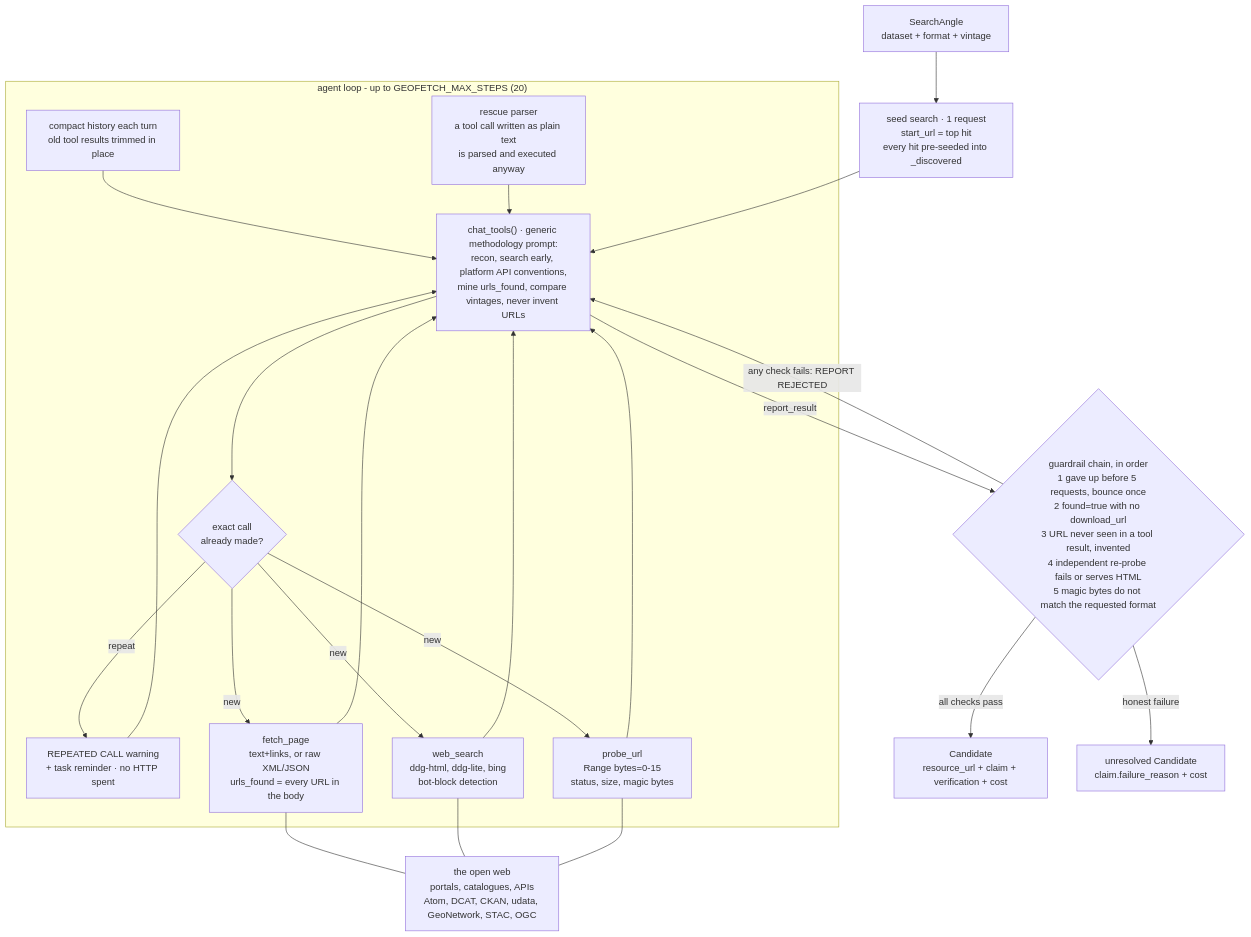
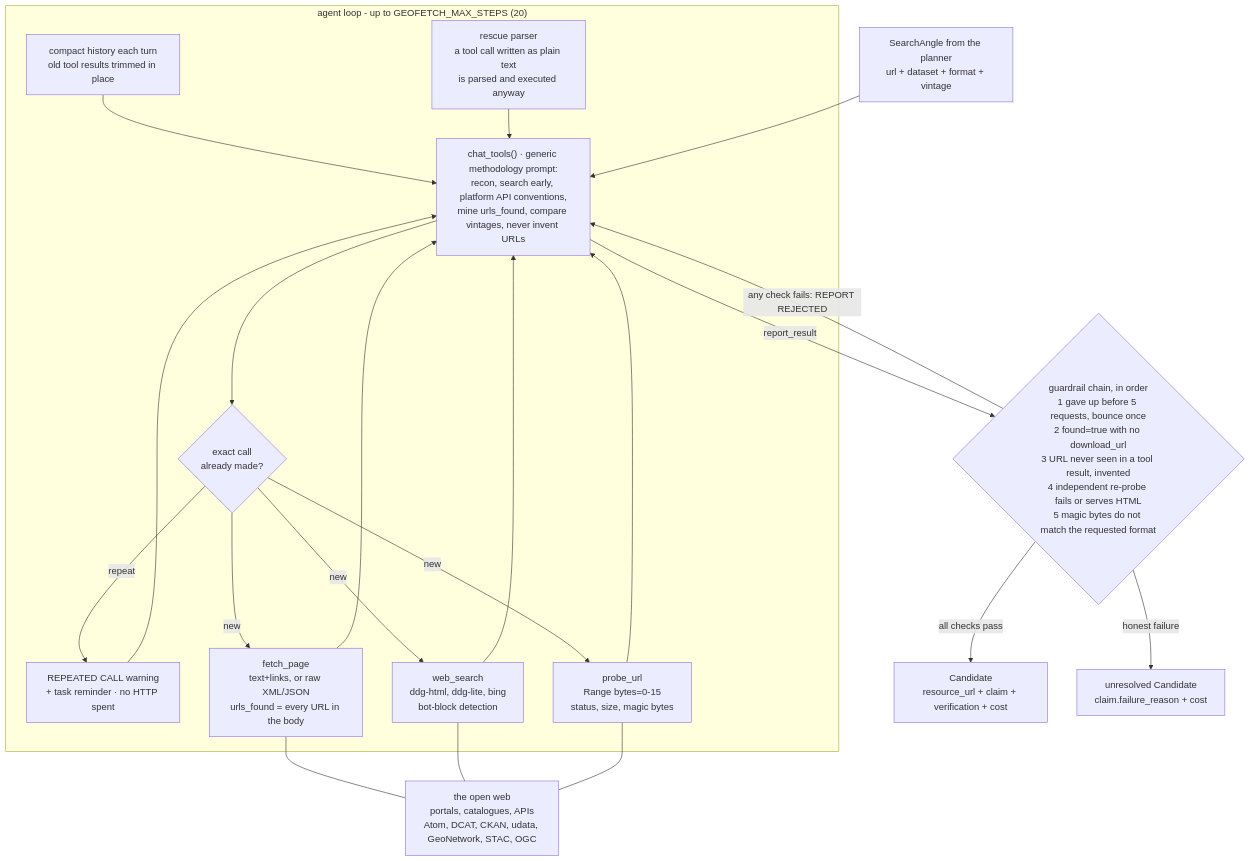
Before and after one commit to CommanderWahid/beegent: the second of 2 diagrams in README.md, drawn with Mermaid. The commit also changed other lines of this file and 6 other files, not shown here.

Commit message:
refactor: enhance geofetch agent's URL handling and streamline angle processing; update documentation for clarity

````diff
--- a/README.md
+++ b/README.md
@@ -67,39 +68,38 @@
 ```mermaid
 flowchart TD
-    ANGLE["SearchAngle<br/>dataset + format + vintage"]
-    SEED["seed search · 1 request<br/>start_url = top hit<br/>every hit pre-seeded into _discovered"]
+    ANGLE["SearchAngle from the planner<br/>url + dataset + format + vintage"]
 
     subgraph AGENT["agent loop - up to GEOFETCH_MAX_STEPS (20)"]
         LLM["chat_tools() · generic methodology prompt:<br/>recon, search early, platform API conventions,<br/>mine urls_found, compare vintages, never invent URLs"]
         COMPACT["compact history each turn<br/>old tool results trimmed in place"]
         RESCUE["rescue parser<br/>a tool call written as plain text<br/>is parsed and executed anyway"]
         ANTILOOP{"exact call<br/>already made?"}
         WARN["REPEATED CALL warning<br/>+ task reminder · no HTTP spent"]
         T1["fetch_page<br/>text+links, or raw XML/JSON<br/>urls_found = every URL in the body"]
         T2["web_search<br/>ddg-html, ddg-lite, bing<br/>bot-block detection"]
         T3["probe_url<br/>Range bytes=0-15<br/>status, size, magic bytes"]
         COMPACT --> LLM
         LLM --> ANTILOOP
         RESCUE --> LLM
         ANTILOOP -->|repeat| WARN --> LLM
         ANTILOOP -->|new| T1 --> LLM
         ANTILOOP -->|new| T2 --> LLM
         ANTILOOP -->|new| T3 --> LLM
     end
 
-    ANGLE --> SEED --> LLM
+    ANGLE --> LLM
 
     WEB["the open web<br/>portals, catalogues, APIs<br/>Atom, DCAT, CKAN, udata, GeoNetwork, STAC, OGC"]
     T1 --- WEB
     T2 --- WEB
     T3 --- WEB
 
     G{"guardrail chain, in order<br/>1 gave up before 5 requests, bounce once<br/>2 found=true with no download_url<br/>3 URL never seen in a tool result, invented<br/>4 independent re-probe fails or serves HTML<br/>5 magic bytes do not match the requested format"}
     LLM -->|report_result| G
     G -->|any check fails: REPORT REJECTED| LLM
 
     OKC["Candidate<br/>resource_url + claim + verification + cost"]
     BADC["unresolved Candidate<br/>claim.failure_reason + cost"]
     G -->|all checks pass| OKC
     G -->|honest failure| BADC
 ```
````
